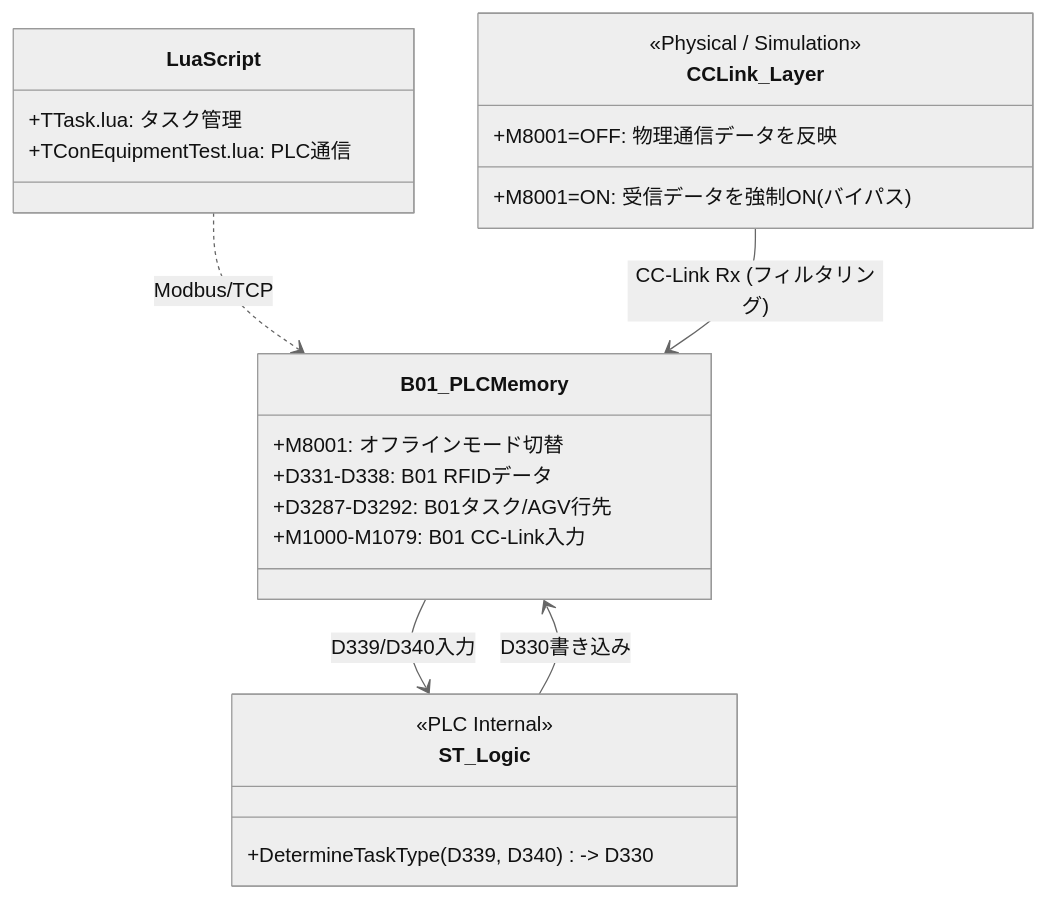
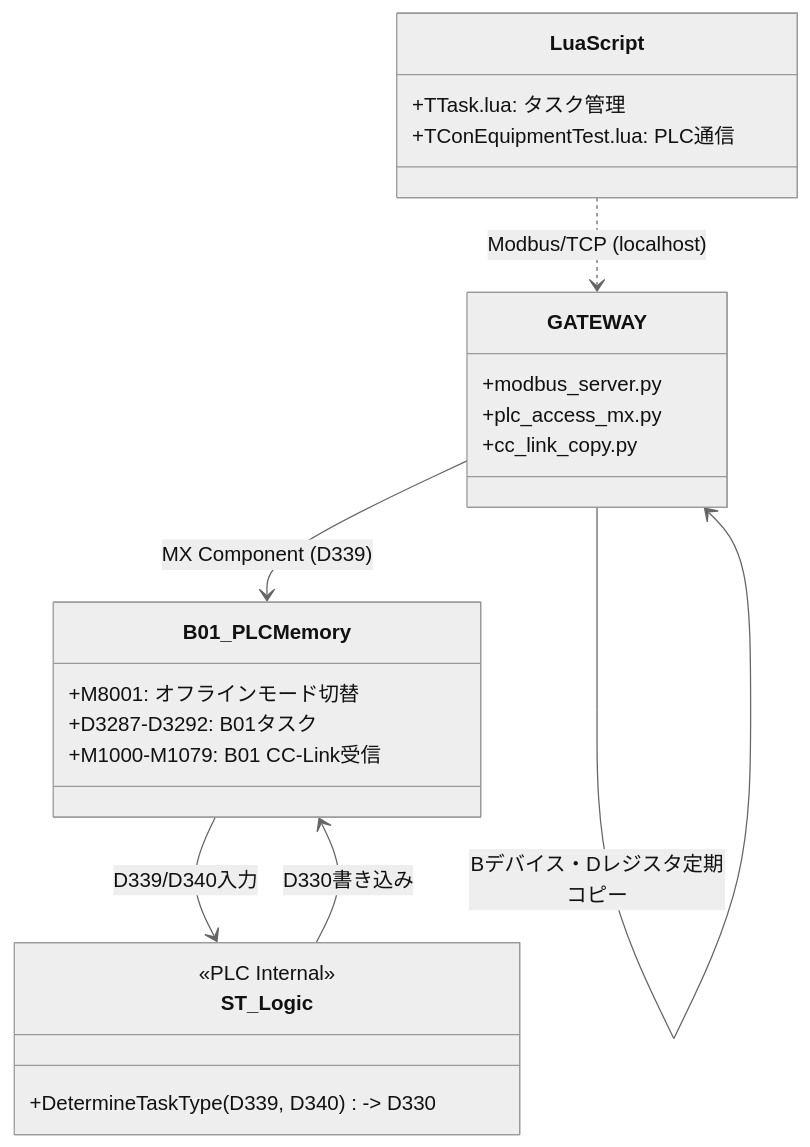
The second of 3 diagrams in DOC3/system_architecture.md (iceplantengineering/YTEC), drawn with Mermaid (neutral theme) before and after one commit. The commit also changed other lines of this file and 30 other files, not shown here.

Commit message:
feat: consolidate project into REFACT3, GATEWAY, and DOC3 with simulation support

````diff
--- a/DOC3/system_architecture.md
+++ b/DOC3/system_architecture.md
@@ -90,32 +92,32 @@
 ```mermaid
 classDiagram
     direction TB
 
     class LuaScript {
         +TTask.lua: タスク管理
         +TConEquipmentTest.lua: PLC通信
     }
+    
+    class GATEWAY {
+        +modbus_server.py
+        +plc_access_mx.py
+        +cc_link_copy.py
+    }
 
     class B01_PLCMemory {
         +M8001: オフラインモード切替
-        +D331-D338: B01 RFIDデータ
-        +D3287-D3292: B01タスク/AGV行先
-        +M1000-M1079: B01 CC-Link入力
+        +D3287-D3292: B01タスク
+        +M1000-M1079: B01 CC-Link受信
     }
 
     class ST_Logic {
         <<PLC Internal>>
         +DetermineTaskType(D339, D340) -> D330
     }
 
-    class CCLink_Layer {
-        <<Physical / Simulation>>
-        +M8001=ON: 受信データを強制ON (バイパス)
-        +M8001=OFF: 物理通信データを反映
-    }
-
-    LuaScript ..> B01_PLCMemory : Modbus/TCP
+    LuaScript ..> GATEWAY : Modbus/TCP (localhost)
+    GATEWAY --> B01_PLCMemory : MX Component (D339)
+    GATEWAY --> GATEWAY : Bデバイス・Dレジスタ定期コピー
     B01_PLCMemory --> ST_Logic : D339/D340入力
     ST_Logic --> B01_PLCMemory : D330書き込み
-    CCLink_Layer --> B01_PLCMemory : CC-Link Rx (フィルタリング)
 ```
````
